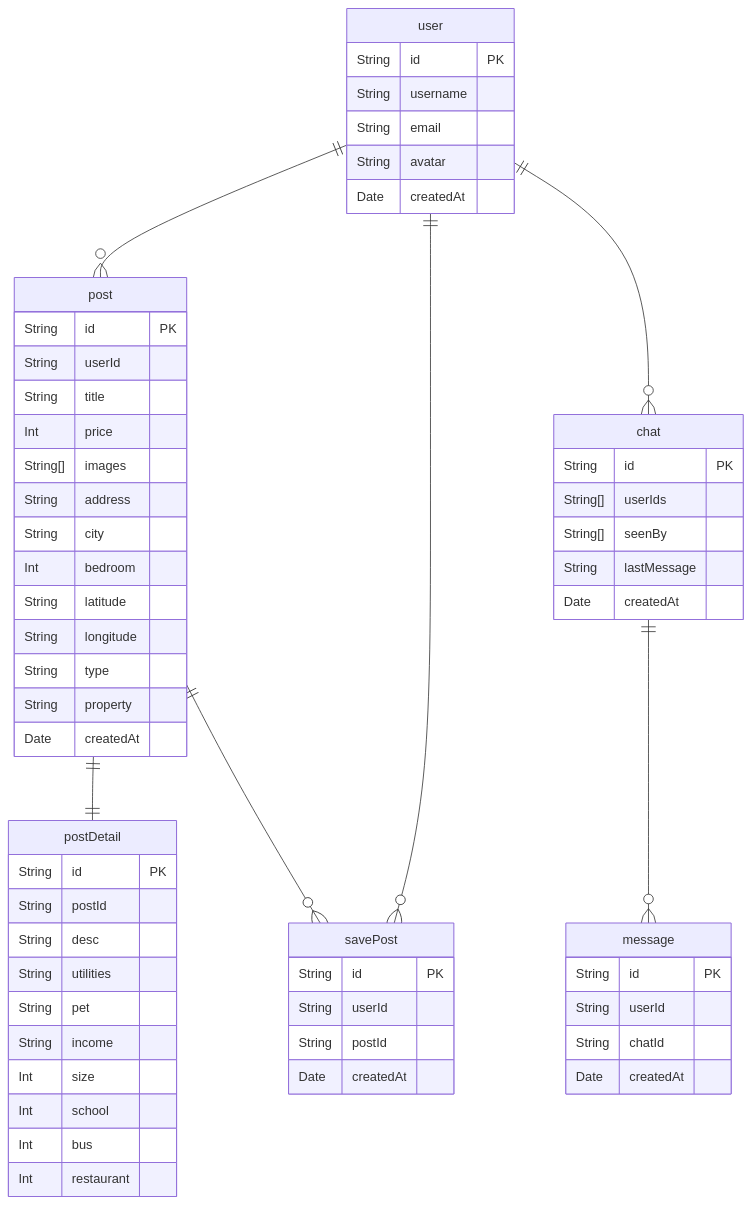
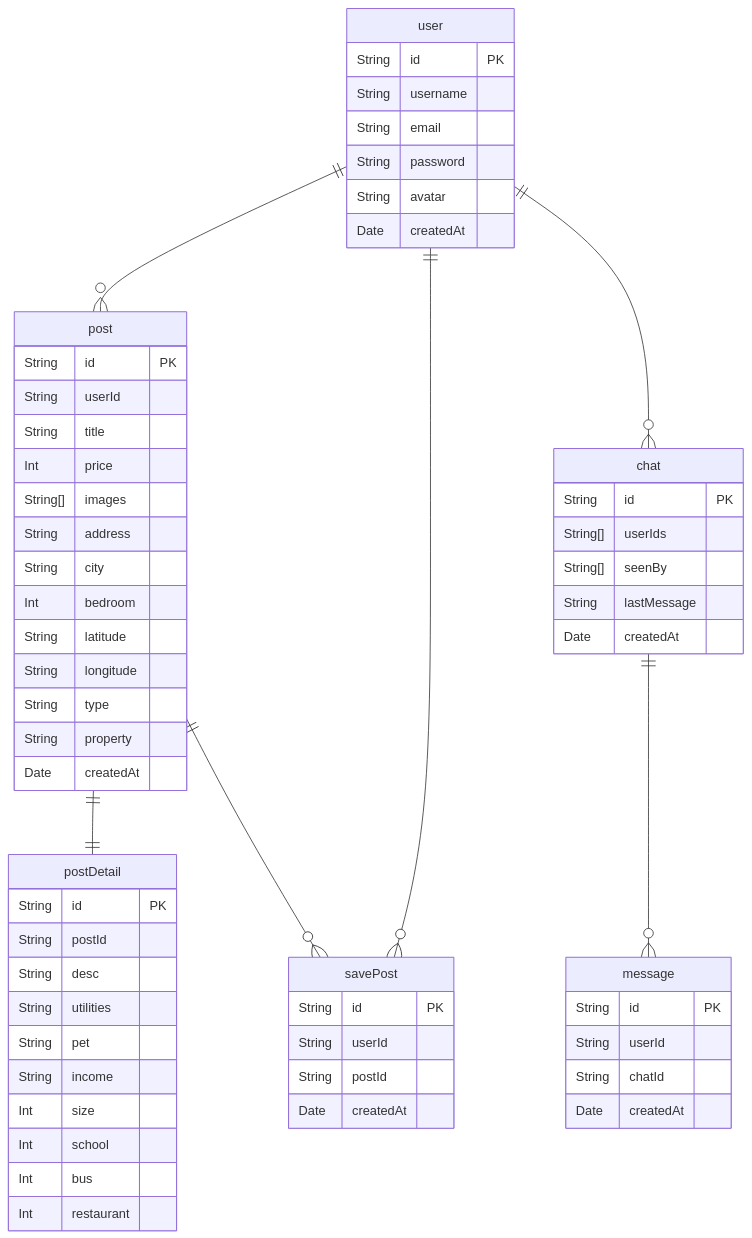
One commit to Louis-jk/full-stack-estate changed the first of 2 diagrams in README.md. Above: the diagram before and after it, drawn with Mermaid.

Commit message:
user model password update

````diff
--- a/README.md
+++ b/README.md
@@ -45,73 +45,74 @@
 ```mermaid
 erDiagram
     user {
-        String  id PK
-        String  username
-        String  email
-        String  avatar
-        Date    createdAt
+        String      id PK
+        String      username
+        String      email
+        String      password
+        String      avatar
+        Date        createdAt
     }
 
     post {
         String      id PK
         String      userId
         String      title
         Int         price
         String[]    images
         String      address
         String      city
         Int         bedroom
         String      latitude
         String      longitude
         String      type
         String      property
         Date        createdAt
     }
 
     user ||--o{ post : ""
 
     postDetail {
         String      id PK
         String      postId
         String      desc
         String      utilities
         String      pet
         String      income
         Int         size
         Int         school
         Int         bus
         Int         restaurant
     }
 
     post ||--|| postDetail : ""
 
     savePost {
         String      id PK
         String      userId
         String      postId
         Date        createdAt
     }
 
     user ||--o{ savePost : ""
     post ||--o{ savePost : ""
 
     chat {
         String      id PK
         String[]    userIds
         String[]    seenBy
         String      lastMessage
         Date        createdAt
     }
 
     user ||--o{ chat : ""
 
     message {
         String      id PK
         String      userId
         String      chatId
         Date        createdAt
     }
 
     chat ||--o{ message: ""
 
 ```
````
